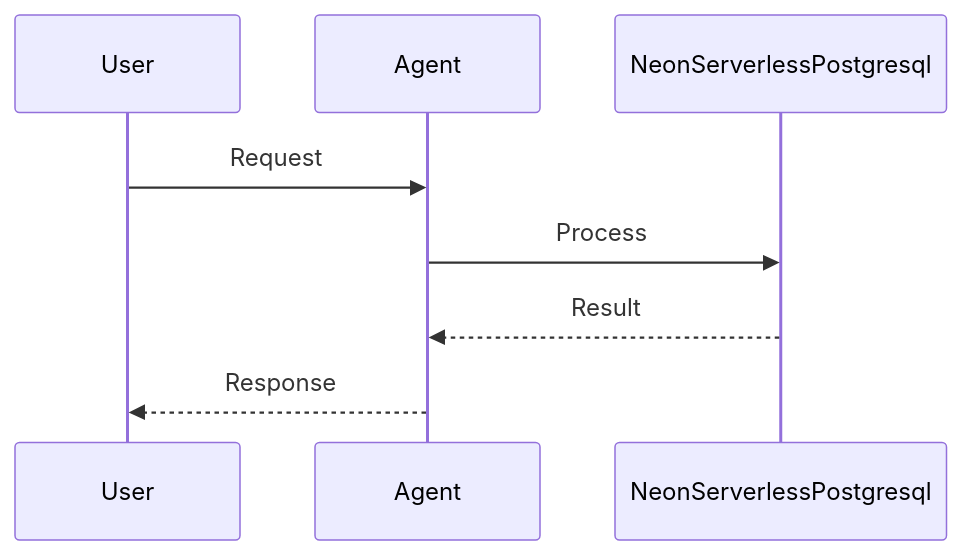
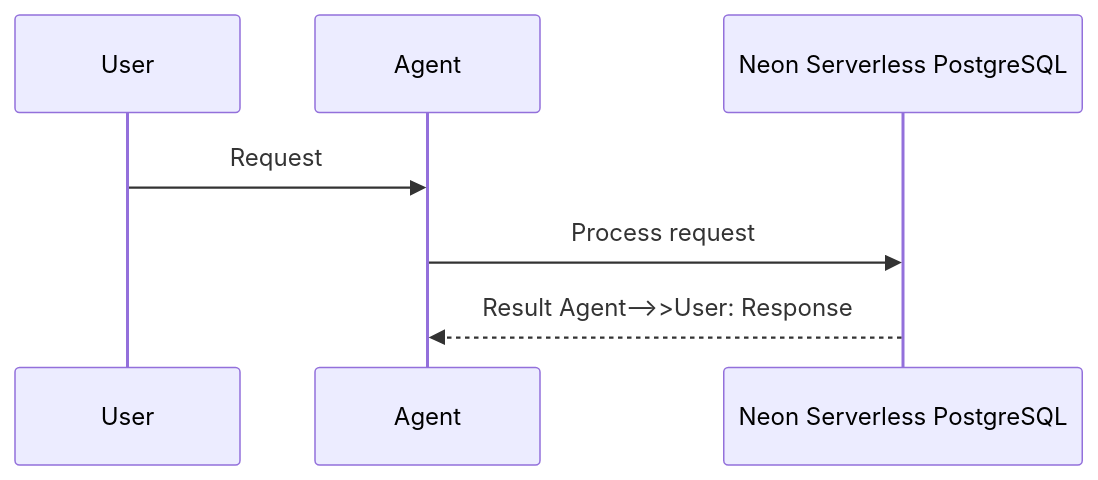
The second of 2 diagrams in docs/features/neon.mdx (MervinPraison/PraisonAIDocs), drawn with Mermaid before and after one commit. The commit also changed 204 other files, not shown here.

First line of the commit message:
docs: align feature/tool pages with AGENTS.md hero, sequence, and import standards (#1777)

````diff
--- a/docs/features/neon.mdx
+++ b/docs/features/neon.mdx
@@ -49,11 +49,10 @@
 ```mermaid
 sequenceDiagram
     participant User
     participant Agent
-    participant NeonServerlessPostgresql
+    participant Feature as Neon Serverless PostgreSQL
 
     User->>Agent: Request
-    Agent->>NeonServerlessPostgresql: Process
-    NeonServerlessPostgresql-->>Agent: Result
-    Agent-->>User: Response
+    Agent->>Feature: Process request
+    Feature-->>Agent: Result    Agent-->>User: Response
 ```
````
